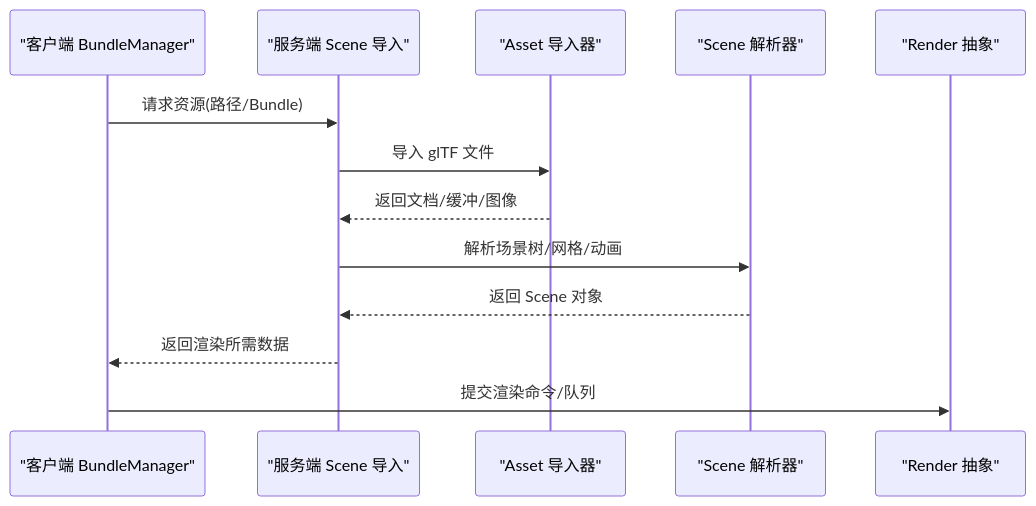
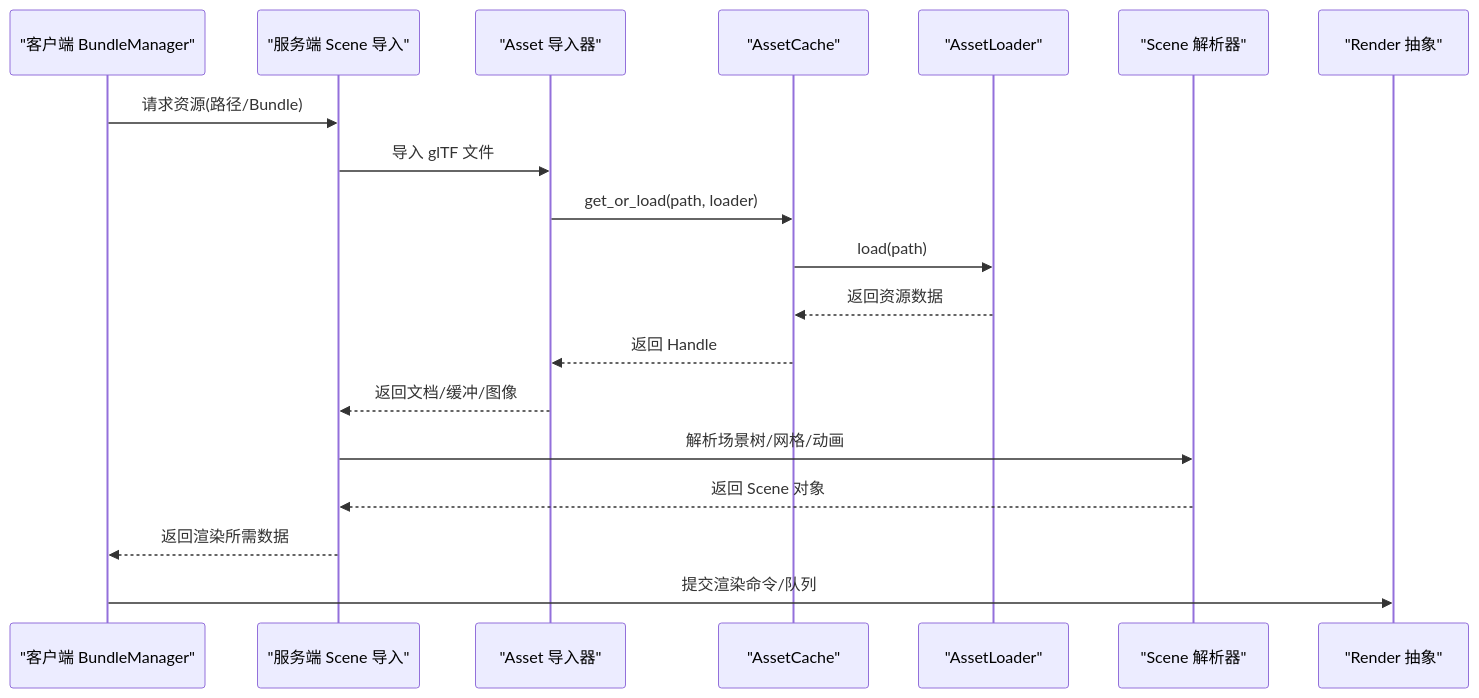
The second of 10 diagrams in .qoder/repowiki/zh/content/数据存储/资源管理.md (qianqians/geese), drawn with Mermaid before and after one commit. The commit also changed other lines of this file and 21 other files, not shown here.

````diff
--- a/.qoder/repowiki/zh/content/数据存储/资源管理.md
+++ b/.qoder/repowiki/zh/content/数据存储/资源管理.md
@@ -89,15 +109,21 @@
 ```mermaid
 sequenceDiagram
 participant Client as "客户端 BundleManager"
 participant Server as "服务端 Scene 导入"
 participant Asset as "Asset 导入器"
+participant Cache as "AssetCache"
+participant Loader as "AssetLoader"
 participant Scene as "Scene 解析器"
 participant Render as "Render 抽象"
 Client->>Server : 请求资源(路径/Bundle)
 Server->>Asset : 导入 glTF 文件
+Asset->>Cache : get_or_load(path, loader)
+Cache->>Loader : load(path)
+Loader-->>Cache : 返回资源数据
+Cache-->>Asset : 返回 Handle
 Asset-->>Server : 返回文档/缓冲/图像
 Server->>Scene : 解析场景树/网格/动画
 Scene-->>Server : 返回 Scene 对象
 Server-->>Client : 返回渲染所需数据
 Client->>Render : 提交渲染命令/队列
 ```
````
